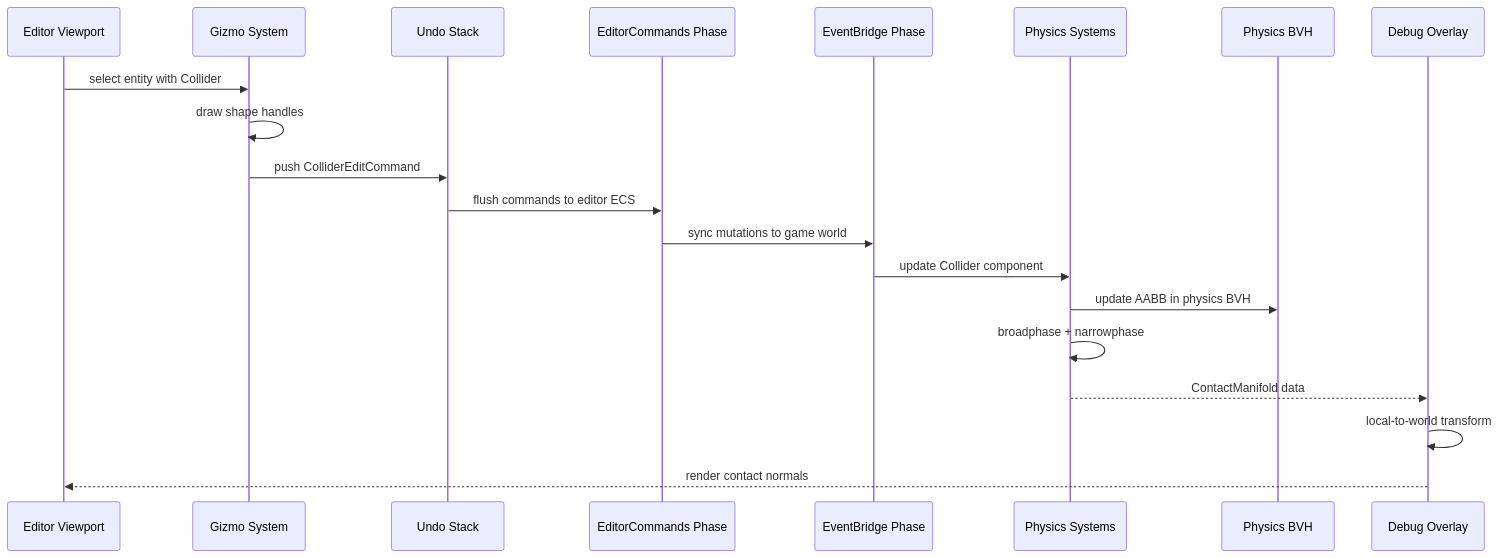
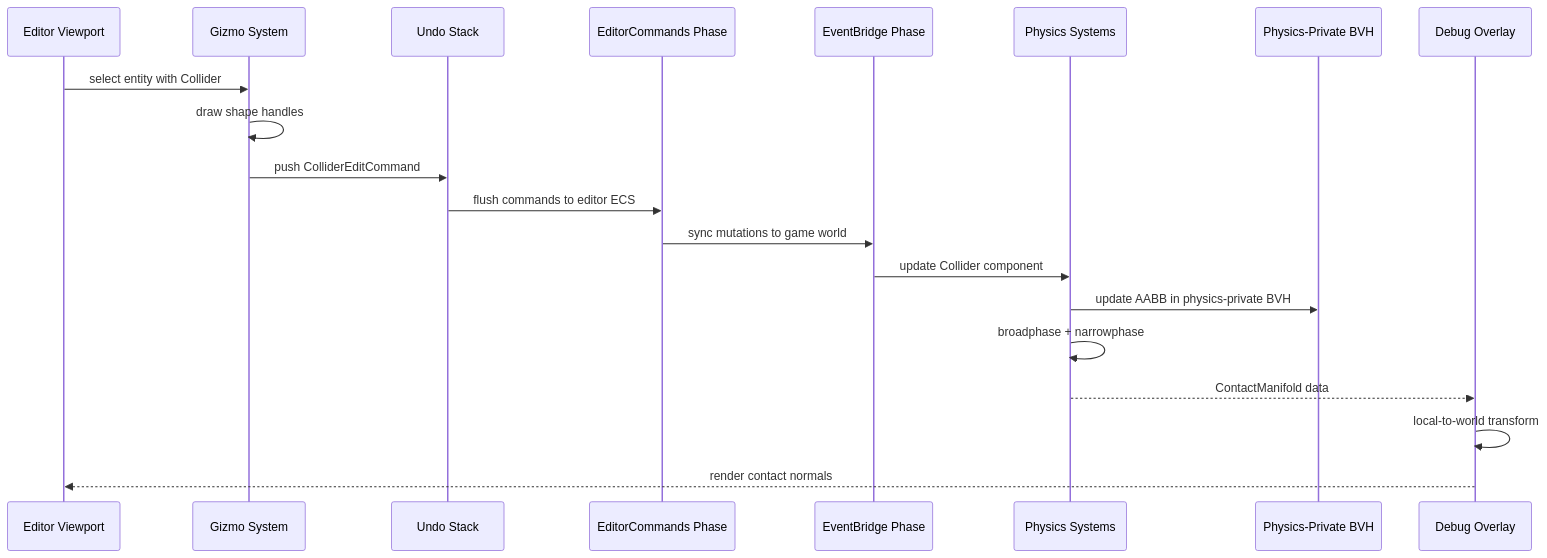
The first of 2 diagrams in docs/design/integration/editor-physics.md (harmonius-dev/harmonius), drawn with Mermaid before and after one commit. The commit also changed other lines of this file and 109 other files, not shown here.

````diff
--- a/docs/design/integration/editor-physics.md
+++ b/docs/design/integration/editor-physics.md
@@ -178,23 +178,23 @@
 ```mermaid
 sequenceDiagram
     participant VP as Editor Viewport
     participant GZ as Gizmo System
     participant US as Undo Stack
     participant EC as EditorCommands Phase
     participant EB as EventBridge Phase
     participant PH as Physics Systems
-    participant BVH as Physics BVH
+    participant BVH as Physics-Private BVH
     participant DBG as Debug Overlay
 
     VP->>GZ: select entity with Collider
     GZ->>GZ: draw shape handles
     GZ->>US: push ColliderEditCommand
     US->>EC: flush commands to editor ECS
     EC->>EB: sync mutations to game world
     EB->>PH: update Collider component
-    PH->>BVH: update AABB in physics BVH
+    PH->>BVH: update AABB in physics-private BVH
     PH->>PH: broadphase + narrowphase
     PH-->>DBG: ContactManifold data
     DBG->>DBG: local-to-world transform
     DBG-->>VP: render contact normals
 ```
````
